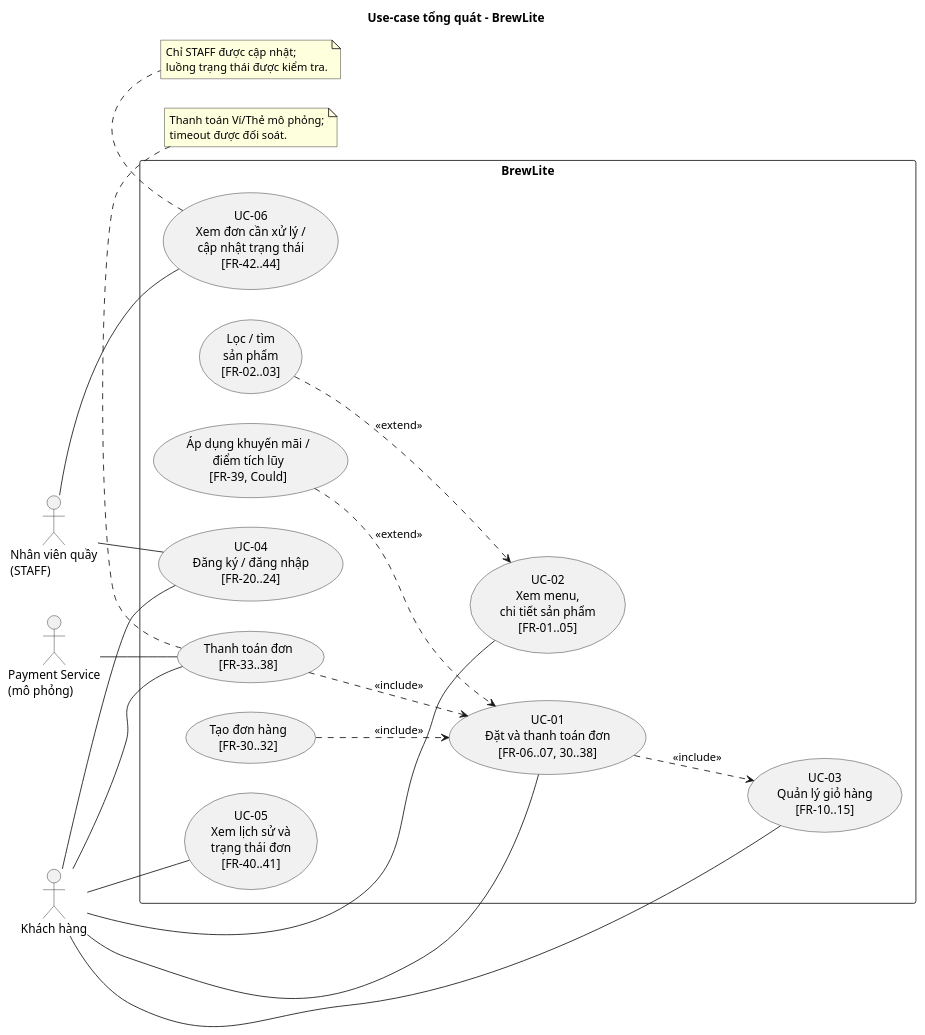
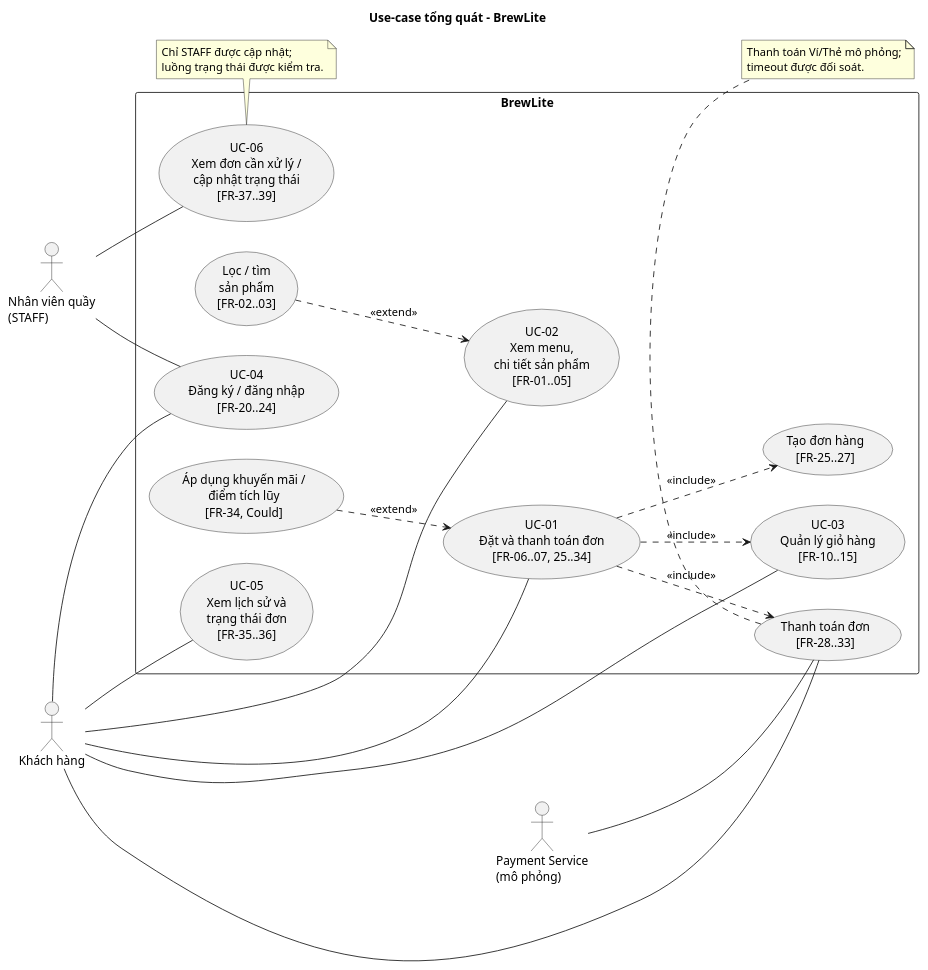
One commit to nhattranhuynhthien/BrewLite_Assignment_2 changed the diagram in docs/diagrams/use-case-overview.puml. Above: the diagram before and after it, drawn with PlantUML. The commit also changed 22 other files, not shown here.

First line of the commit message:
docs(task1-3): synchronize SRS, UML diagrams, ADRs 001-006, and traceability matrix

```diff
--- a/docs/diagrams/use-case-overview.puml
+++ b/docs/diagrams/use-case-overview.puml
@@ -1,47 +1,47 @@
 @startuml use-case-overview
 title Use-case tổng quát – BrewLite
 left to right direction
 skinparam shadowing false
 skinparam packageStyle rectangle
 
 actor "Khách hàng" as Customer
 actor "Nhân viên quầy\n(STAFF)" as Staff
 actor "Payment Service\n(mô phỏng)" as Payment
 
 rectangle "BrewLite" {
   usecase "UC-02\nXem menu,\nchi tiết sản phẩm\n[FR-01..05]" as UC1
   usecase "Lọc / tìm\nsản phẩm\n[FR-02..03]" as UC1a
   usecase "UC-03\nQuản lý giỏ hàng\n[FR-10..15]" as UC2
   usecase "UC-04\nĐăng ký / đăng nhập\n[FR-20..24]" as UC3
-  usecase "UC-01\nĐặt và thanh toán đơn\n[FR-06..07, 30..38]" as UC4
-  usecase "Tạo đơn hàng\n[FR-30..32]" as UC4c
-  usecase "Thanh toán đơn\n[FR-33..38]" as UC4a
-  usecase "Áp dụng khuyến mãi /\nđiểm tích lũy\n[FR-39, Could]" as UC4b
-  usecase "UC-05\nXem lịch sử và\ntrạng thái đơn\n[FR-40..41]" as UC5
-  usecase "UC-06\nXem đơn cần xử lý /\ncập nhật trạng thái\n[FR-42..44]" as UC6
+  usecase "UC-01\nĐặt và thanh toán đơn\n[FR-06..07, 25..34]" as UC4
+  usecase "Tạo đơn hàng\n[FR-25..27]" as UC4c
+  usecase "Thanh toán đơn\n[FR-28..33]" as UC4a
+  usecase "Áp dụng khuyến mãi /\nđiểm tích lũy\n[FR-34, Could]" as UC4b
+  usecase "UC-05\nXem lịch sử và\ntrạng thái đơn\n[FR-35..36]" as UC5
+  usecase "UC-06\nXem đơn cần xử lý /\ncập nhật trạng thái\n[FR-37..39]" as UC6
 }
 
 Customer -- UC1
 Customer -- UC2
 Customer -- UC3
 Customer -- UC4
 Customer -- UC4a
 Customer -- UC5
 Staff -- UC3
 Staff -- UC6
 Payment -- UC4a
 
 UC1a ..> UC1 : <<extend>>
-UC4c ..> UC4 : <<include>>
-UC4a ..> UC4 : <<include>>
+UC4 ..> UC4c : <<include>>
+UC4 ..> UC4a : <<include>>
 UC4b ..> UC4 : <<extend>>
 UC4 ..> UC2 : <<include>>
 note bottom of UC4a
   Thanh toán Ví/Thẻ mô phỏng;
   timeout được đối soát.
 end note
 note bottom of UC6
   Chỉ STAFF được cập nhật;
   luồng trạng thái được kiểm tra.
 end note
 @enduml
```
